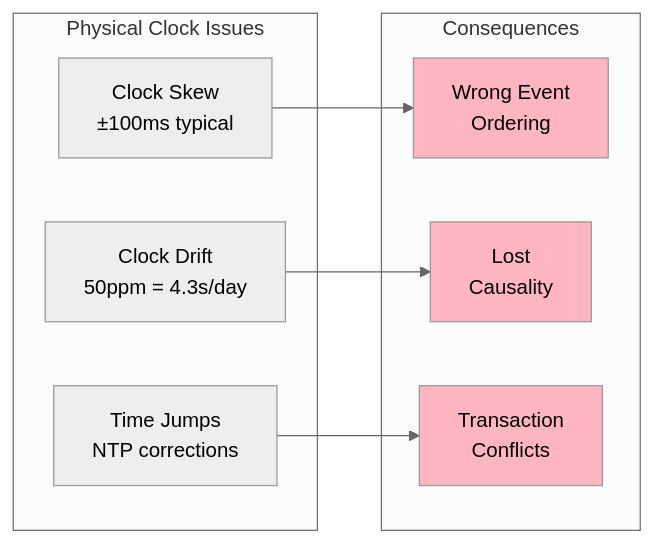
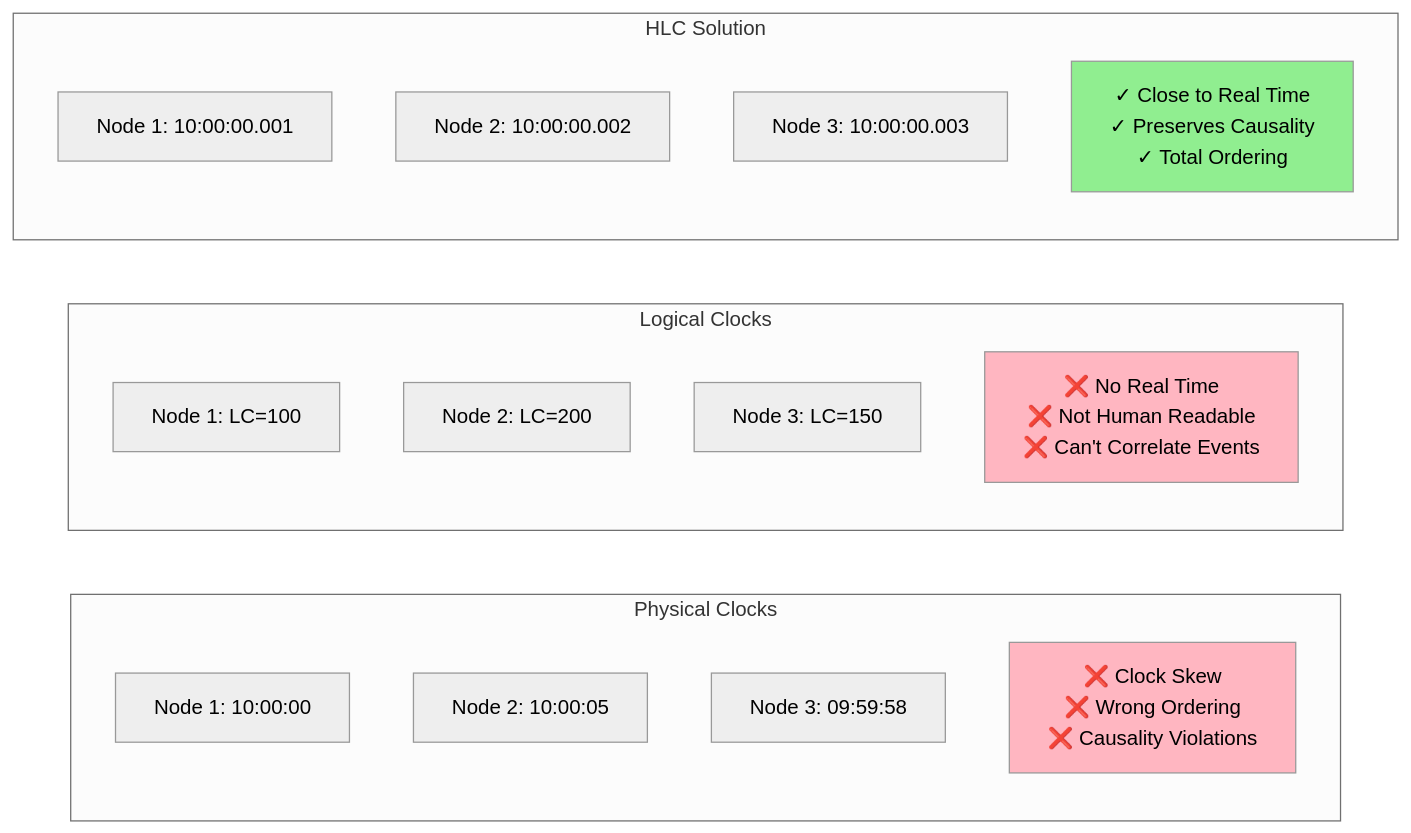
One commit to deepaucksharma/DStudio changed the second of 5 diagrams in docs/pattern-library/coordination/hlc.md. Above: the diagram before and after it, drawn with Mermaid (neutral theme). The commit also changed other lines of this file and 92 other files, not shown here.

````diff
--- a/docs/pattern-library/coordination/hlc.md
+++ b/docs/pattern-library/coordination/hlc.md
@@ -101,22 +89,27 @@
 ```mermaid
 graph LR
-    subgraph "Physical Clock Issues"
-        Skew[Clock Skew<br/>±100ms typical]
-        Drift[Clock Drift<br/>50ppm = 4.3s/day]
-        Jump[Time Jumps<br/>NTP corrections]
+    subgraph "Physical Clocks"
+        P1[Node 1: 10:00:00]
+        P2[Node 2: 10:00:05]
+        P3[Node 3: 09:59:58]
+        ProbP[❌ Clock Skew<br/>❌ Wrong Ordering<br/>❌ Causality Violations]
     end
     
-    subgraph "Consequences"
-        Order[Wrong Event<br/>Ordering]
-        Causality[Lost<br/>Causality]
-        Conflict[Transaction<br/>Conflicts]
+    subgraph "Logical Clocks"
+        L1[Node 1: LC=100]
+        L2[Node 2: LC=200]
+        L3[Node 3: LC=150]
+        ProbL[❌ No Real Time<br/>❌ Not Human Readable<br/>❌ Can't Correlate Events]
     end
     
-    Skew --> Order
-    Drift --> Causality
-    Jump --> Conflict
+    subgraph "HLC Solution"
+        H1[Node 1: 10:00:00.001]
+        H2[Node 2: 10:00:00.002]
+        H3[Node 3: 10:00:00.003]
+        Sol[✓ Close to Real Time<br/>✓ Preserves Causality<br/>✓ Total Ordering]
+    end
     
-    style Order fill:#FFB6C1
-    style Causality fill:#FFB6C1
-    style Conflict fill:#FFB6C1
+    style ProbP fill:#FFB6C1
+    style ProbL fill:#FFB6C1
+    style Sol fill:#90EE90
 ```
````
